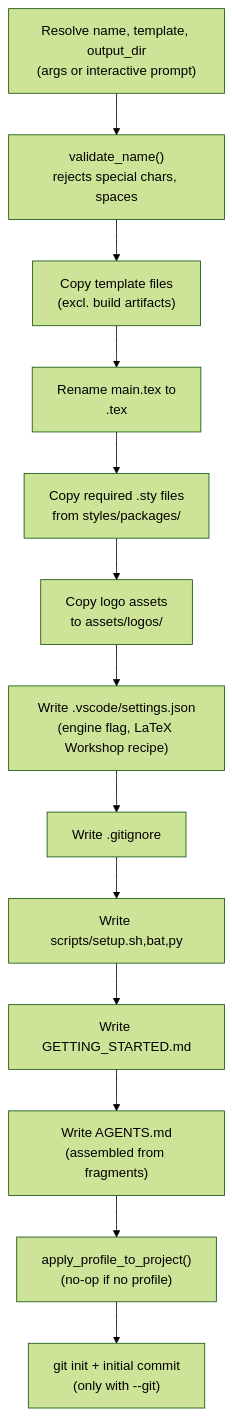
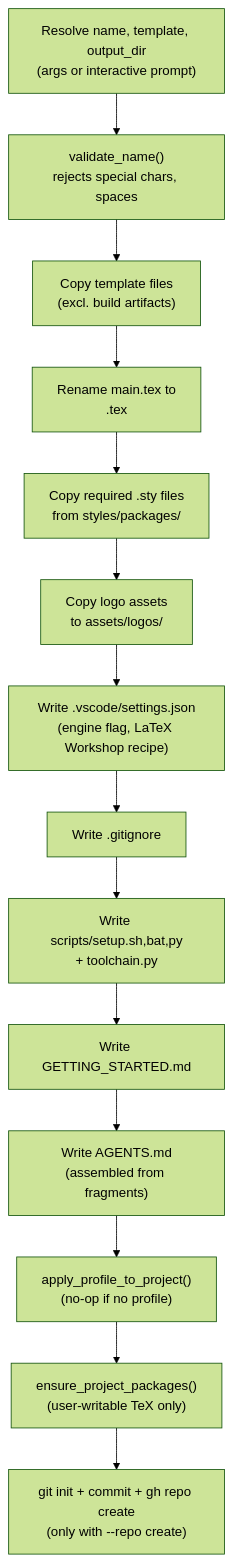
One commit to thmsgo18/latex-forge changed the diagram in docs/architecture/project-creation.md. Above: the diagram before and after it, drawn with Mermaid (forest theme). The commit also changed 36 other files, not shown here.

````diff
--- a/docs/architecture/project-creation.md
+++ b/docs/architecture/project-creation.md
@@ -7,18 +7,19 @@
 ```mermaid
 flowchart TD
     A["Resolve name, template, output_dir\n(args or interactive prompt)"]
     B["validate_name()\nrejects special chars, spaces"]
     C["Copy template files\n(excl. build artifacts)"]
     D["Rename main.tex to\n<name>.tex"]
     E["Copy required .sty files\nfrom styles/packages/"]
     F["Copy logo assets\nto assets/logos/"]
     G["Write .vscode/settings.json\n(engine flag, LaTeX Workshop recipe)"]
     H["Write .gitignore"]
-    I["Write scripts/setup.sh,bat,py"]
+    I["Write scripts/setup.sh,bat,py\n+ toolchain.py"]
     J["Write GETTING_STARTED.md"]
     K["Write AGENTS.md\n(assembled from fragments)"]
     L["apply_profile_to_project()\n(no-op if no profile)"]
-    M["git init + initial commit\n(only with --git)"]
+    P["ensure_project_packages()\n(user-writable TeX only)"]
+    M["git init + commit + gh repo create\n(only with --repo create)"]
 
-    A --> B --> C --> D --> E --> F --> G --> H --> I --> J --> K --> L --> M
+    A --> B --> C --> D --> E --> F --> G --> H --> I --> J --> K --> L --> P --> M
 ```
````
